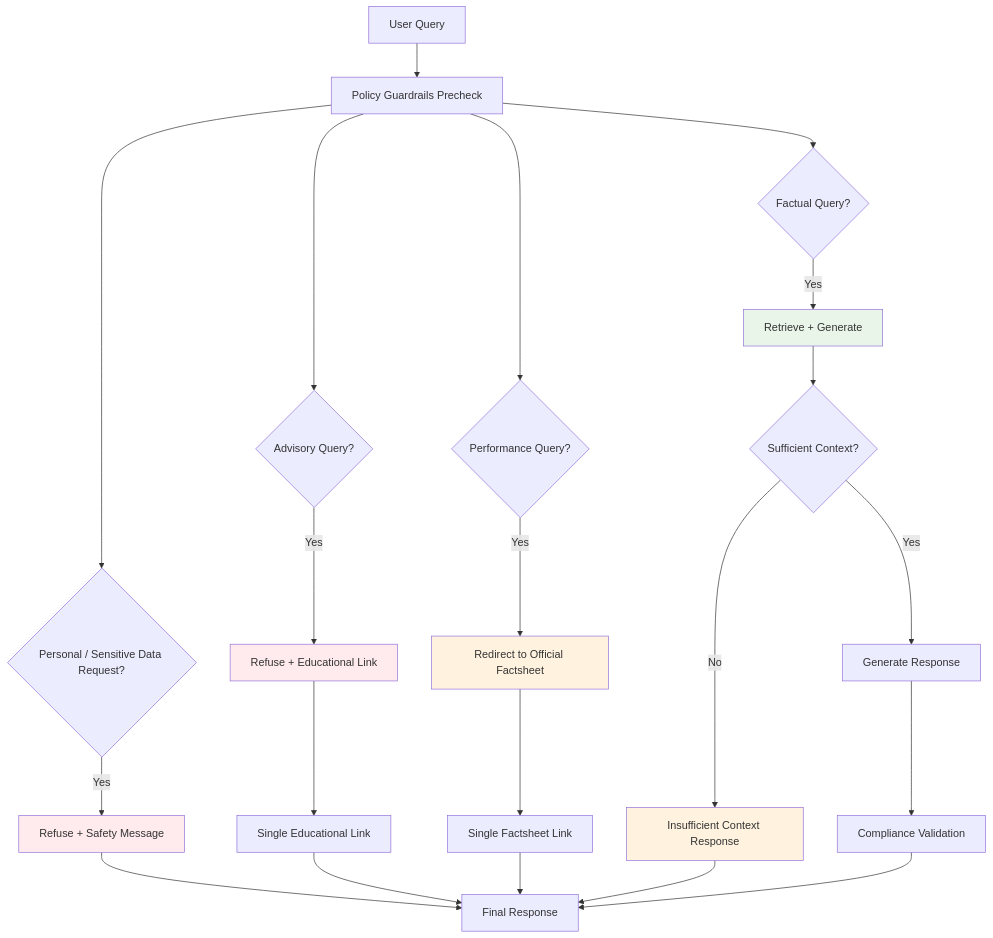
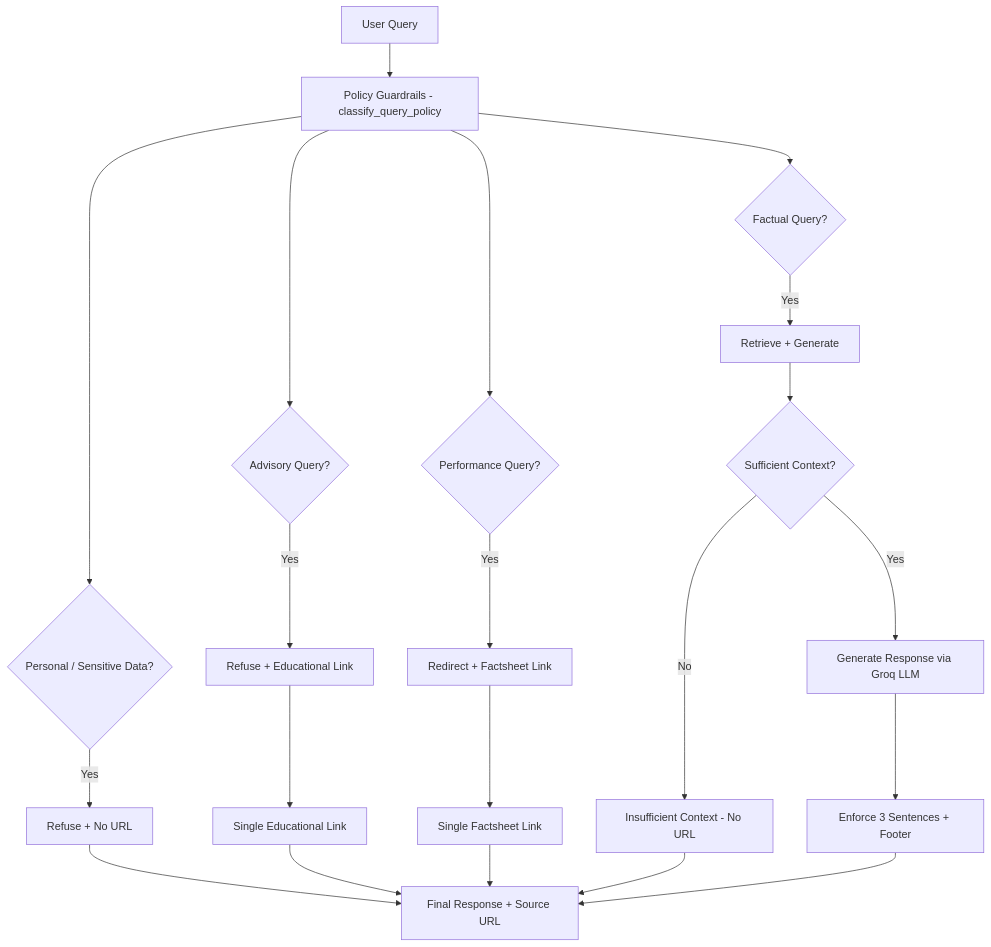
One commit to hey2308/Groww-RAG-chatbot changed the ninth of 13 diagrams in doc/architecture.md. Above: the diagram before and after it, drawn with Mermaid. The commit also changed other lines of this file, not shown here.

Commit message:
Update architecture.md: reflect current tech stack (Groq, pure Python vector store, Next.js, Render)

````diff
--- a/doc/architecture.md
+++ b/doc/architecture.md
@@ -508,34 +465,28 @@
 ```mermaid
 graph TD
-    Query[User Query] --> Precheck[Policy Guardrails Precheck]
+    Query[User Query] --> Precheck[Policy Guardrails - classify_query_policy]
     
-    Precheck --> Personal{Personal / Sensitive Data Request?}
+    Precheck --> Personal{Personal / Sensitive Data?}
     Precheck --> Advisory{Advisory Query?}
     Precheck --> Performance{Performance Query?}
     Precheck --> Factual{Factual Query?}
     
-    Personal -->|Yes| RefusePII[Refuse + Safety Message]
+    Personal -->|Yes| RefusePII[Refuse + No URL]
     Advisory -->|Yes| Refuse[Refuse + Educational Link]
-    Performance -->|Yes| Redirect[Redirect to Official Factsheet]
+    Performance -->|Yes| Redirect[Redirect + Factsheet Link]
     Factual -->|Yes| Process[Retrieve + Generate]
     
     Process --> ValidateContext{Sufficient Context?}
-    ValidateContext -->|No| Unknown[Insufficient Context Response]
-    ValidateContext -->|Yes| Generate[Generate Response]
-    Generate --> Validate[Compliance Validation]
+    ValidateContext -->|No| Unknown[Insufficient Context - No URL]
+    ValidateContext -->|Yes| Generate[Generate Response via Groq LLM]
+    Generate --> Enforce[Enforce 3 Sentences + Footer]
+    Enforce --> Response[Final Response + Source URL]
     
     Refuse --> Educational[Single Educational Link]
     Redirect --> Official[Single Factsheet Link]
     
-    Validate --> Response[Final Response]
     Educational --> Response
     Official --> Response
     RefusePII --> Response
     Unknown --> Response
-    
-    style Process fill:#e8f5e8
-    style Refuse fill:#ffebee
-    style Redirect fill:#fff3e0
-    style RefusePII fill:#ffebee
-    style Unknown fill:#fff3e0
 ```
````
